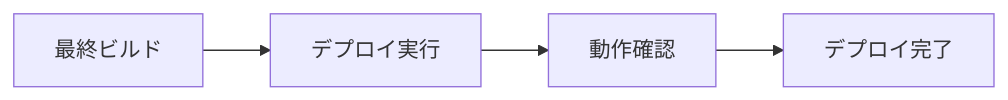
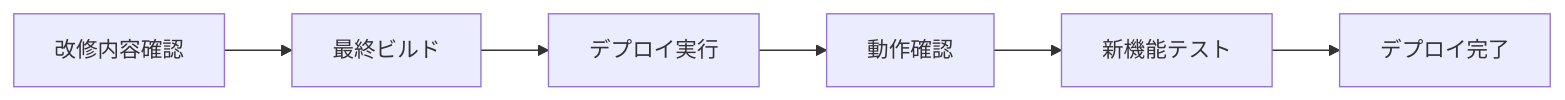
The diagram in PHASE4_DEPLOYMENT.md (PLUG365/DecisionFlow), drawn with Mermaid before and after one commit. The commit also changed other lines of this file and 7 other files, not shown here.

````diff
--- a/PHASE4_DEPLOYMENT.md
+++ b/PHASE4_DEPLOYMENT.md
@@ -45,6 +50,8 @@
 ```mermaid
 graph LR
-    A[最終ビルド] --> B[デプロイ実行]
-    B --> C[動作確認]
-    C --> D[デプロイ完了]
+    A[改修内容確認] --> B[最終ビルド]
+    B --> C[デプロイ実行]
+    C --> D[動作確認]
+    D --> E[新機能テスト]
+    E --> F[デプロイ完了]
 ```
````
